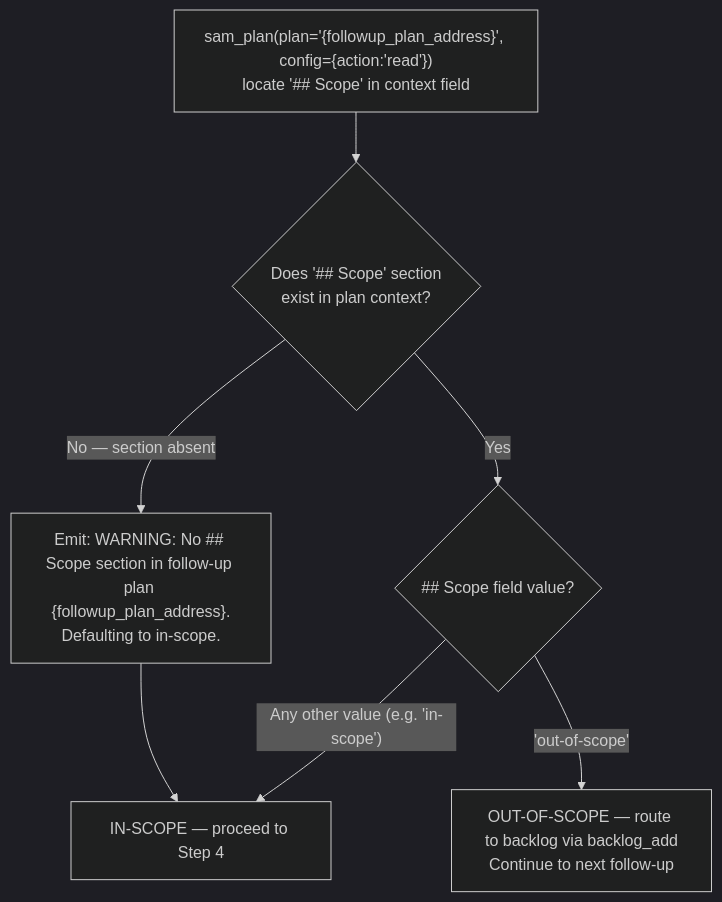
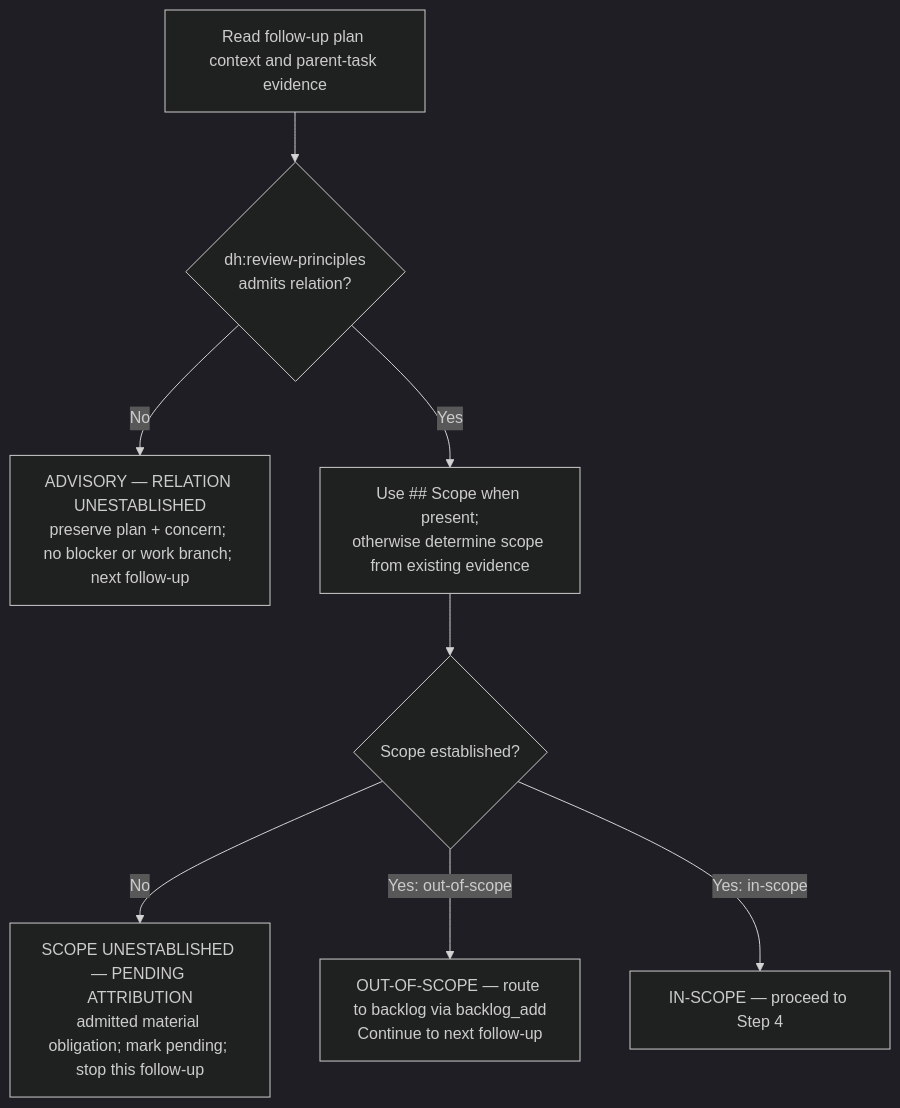
Before and after one commit to Jamie-BitFlight/claude_skills: the second of 2 diagrams in plugins/development-harness/skills/complete-implementation/references/recursive-follow-up-handling.md, drawn with Mermaid (dark theme). The commit also changed other lines of this file and 21 other files, not shown here.

Commit message:
docs(workflows): bind review work to task outcomes (#4116)

````diff
--- a/plugins/development-harness/skills/complete-implementation/references/recursive-follow-up-handling.md
+++ b/plugins/development-harness/skills/complete-implementation/references/recursive-follow-up-handling.md
@@ -80,9 +92,10 @@
 ```mermaid
 flowchart TD
-    ReadScope["sam_plan(plan='{followup_plan_address}', config={action:'read'})<br>locate '## Scope' in context field"] --> ScopeExists{"Does '## Scope' section<br>exist in plan context?"}
-    ScopeExists -->|"No — section absent"| WarnDefault["Emit: WARNING: No ## Scope section in follow-up plan {followup_plan_address}.<br>Defaulting to in-scope."]
-    WarnDefault --> InScope["IN-SCOPE — proceed to Step 4"]
-    ScopeExists -->|"Yes"| ScopeValue{"## Scope field value?"}
-    ScopeValue -->|"'out-of-scope'"| OutScope["OUT-OF-SCOPE — route to backlog via backlog_add<br>Continue to next follow-up"]
-    ScopeValue -->|"Any other value (e.g. 'in-scope')"| InScope
+    ReadPlan["Read follow-up plan context and parent-task evidence"] --> Relation{"dh:review-principles<br>admits relation?"}
+    Relation -->|"No"| AdvisoryRelation["ADVISORY — RELATION UNESTABLISHED<br>preserve plan + concern; no blocker or work branch; next follow-up"]
+    Relation -->|"Yes"| Scope["Use ## Scope when present;<br>otherwise determine scope from existing evidence"]
+    Scope --> ScopeKnown{"Scope established?"}
+    ScopeKnown -->|"No"| PendingScope["SCOPE UNESTABLISHED — PENDING ATTRIBUTION<br>admitted material obligation; mark pending; stop this follow-up"]
+    ScopeKnown -->|"Yes: out-of-scope"| OutScope["OUT-OF-SCOPE — route to backlog via backlog_add<br>Continue to next follow-up"]
+    ScopeKnown -->|"Yes: in-scope"| InScope["IN-SCOPE — proceed to Step 4"]
 ```
````
